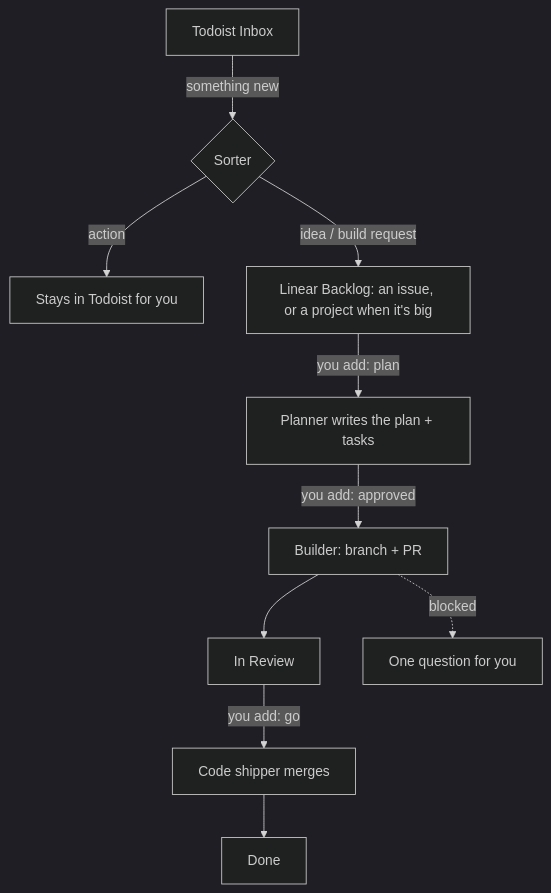
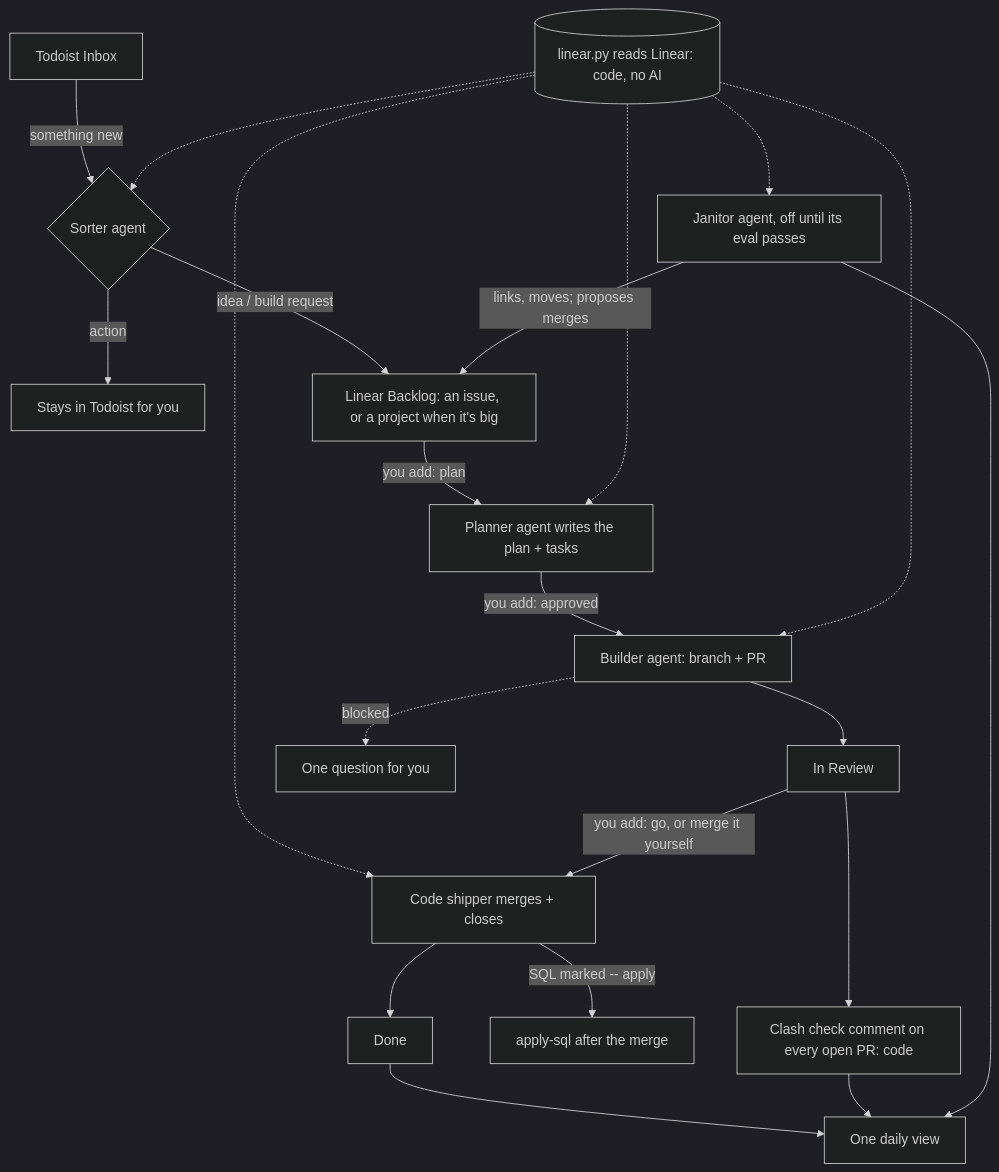
One commit to Cxjlabs/cxj-flow changed the diagram in README.md. Above: the diagram before and after it, drawn with Mermaid (dark theme). The commit also changed other lines of this file and 8 other files, not shown here.

First line of the commit message:
W3: janitor role (off) + replay eval; README shows the shipped flow (CXJ-441, CXJ-442) (#4)

````diff
--- a/README.md
+++ b/README.md
@@ -7,12 +7,17 @@
 ```mermaid
 flowchart TD
-  T[Todoist Inbox] -->|something new| S{Sorter}
+  T[Todoist Inbox] -->|something new| S{Sorter agent}
   S -->|action| A[Stays in Todoist for you]
   S -->|idea / build request| L[Linear Backlog: an issue, or a project when it's big]
-  L -->|you add: plan| P[Planner writes the plan + tasks]
-  P -->|you add: approved| B[Builder: branch + PR]
+  L -->|you add: plan| P[Planner agent writes the plan + tasks]
+  P -->|you add: approved| B[Builder agent: branch + PR]
   B --> R[In Review]
   B -.->|blocked| Q[One question for you]
-  R -->|you add: go| SH[Code shipper merges]
+  LIN[(linear.py reads Linear: code, no AI)] -.-> S & P & B & SH & J
+  R --> C[Clash check comment on every open PR: code]
+  R -->|you add: go, or merge it yourself| SH[Code shipper merges + closes]
+  SH -->|SQL marked -- apply| SQL[apply-sql after the merge]
   SH --> D[Done]
+  J[Janitor agent, off until its eval passes] -->|links, moves; proposes merges| L
+  D & C & J --> V[One daily view]
 ```
````
